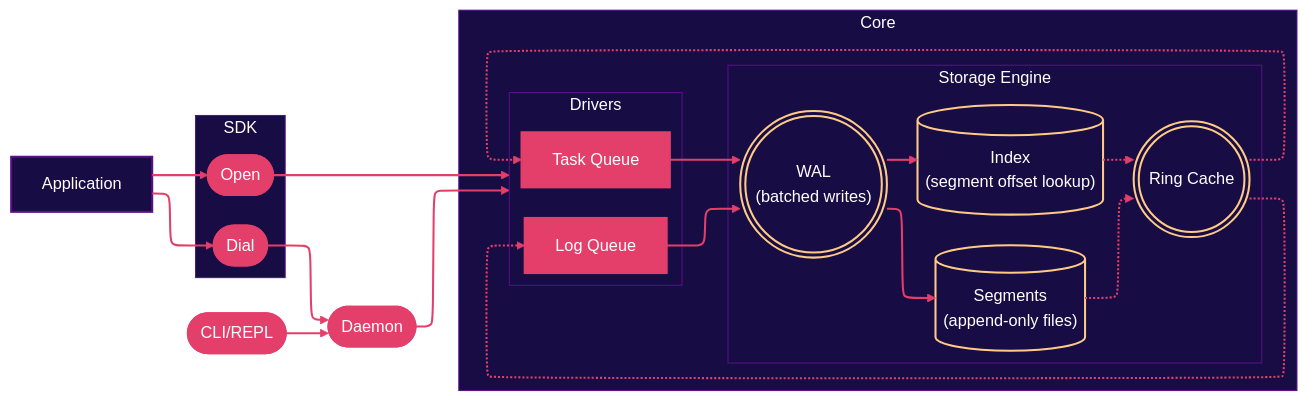
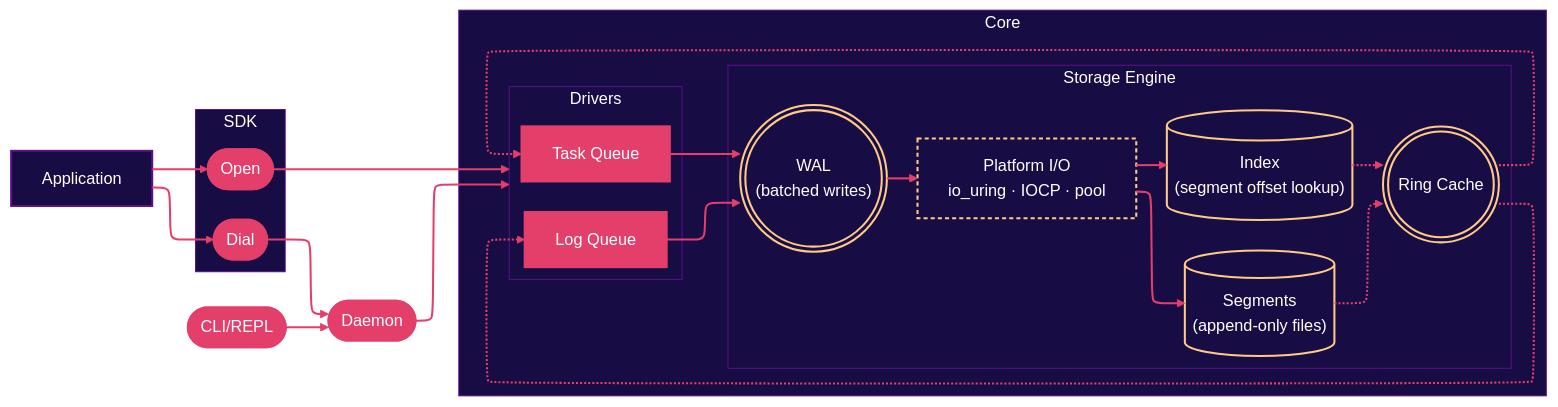
The diagram in README.md (dmunish/mikyu), drawn with Mermaid before and after one commit.

Commit message:
[docs] README: add IO submodule to architecture diagram

```diff
--- a/README.md
+++ b/README.md
@@ -62,14 +62,17 @@
             direction LR
             WAL((("WAL
             (batched writes)")))
+            IOW["Platform I/O
+            io_uring · IOCP · pool"]
             SEG[("Segments
             (append-only files)")]
             IDX[("Index
             (segment offset lookup)")]
             CACHE((("Ring Cache")))
 
-            WAL ==> SEG
-            WAL ==> IDX
+            WAL ==> IOW
+            IOW ==> SEG
+            IOW ==> IDX
             SEG -.-> CACHE
             IDX -.-> CACHE
         end
@@ -89,10 +92,12 @@
     classDef interface fill:#170d44,stroke:#5b0f89,color:#ffffff,stroke-width:2px
     classDef runtime fill:#e33f6a,stroke:#e33f6a,color:#ffffff,stroke-width:2px
     classDef storage fill:transparent,stroke:#ffca86,color:#ffffff,stroke-width:2px
+    classDef platform fill:transparent,stroke:#ffca86,color:#ffffff,stroke-width:2px,stroke-dasharray: 4 3
 
     class APP interface
     class OPEN,DIAL,CLI,DMN,LOG,TASK runtime
     class WAL,SEG,IDX,CACHE storage
+    class IOW platform
 
     style SDK fill:#170d44,stroke:#5b0f89,color:#ffffff
     style CORE fill:#170d44,stroke:#5b0f89,color:#ffffff
```
